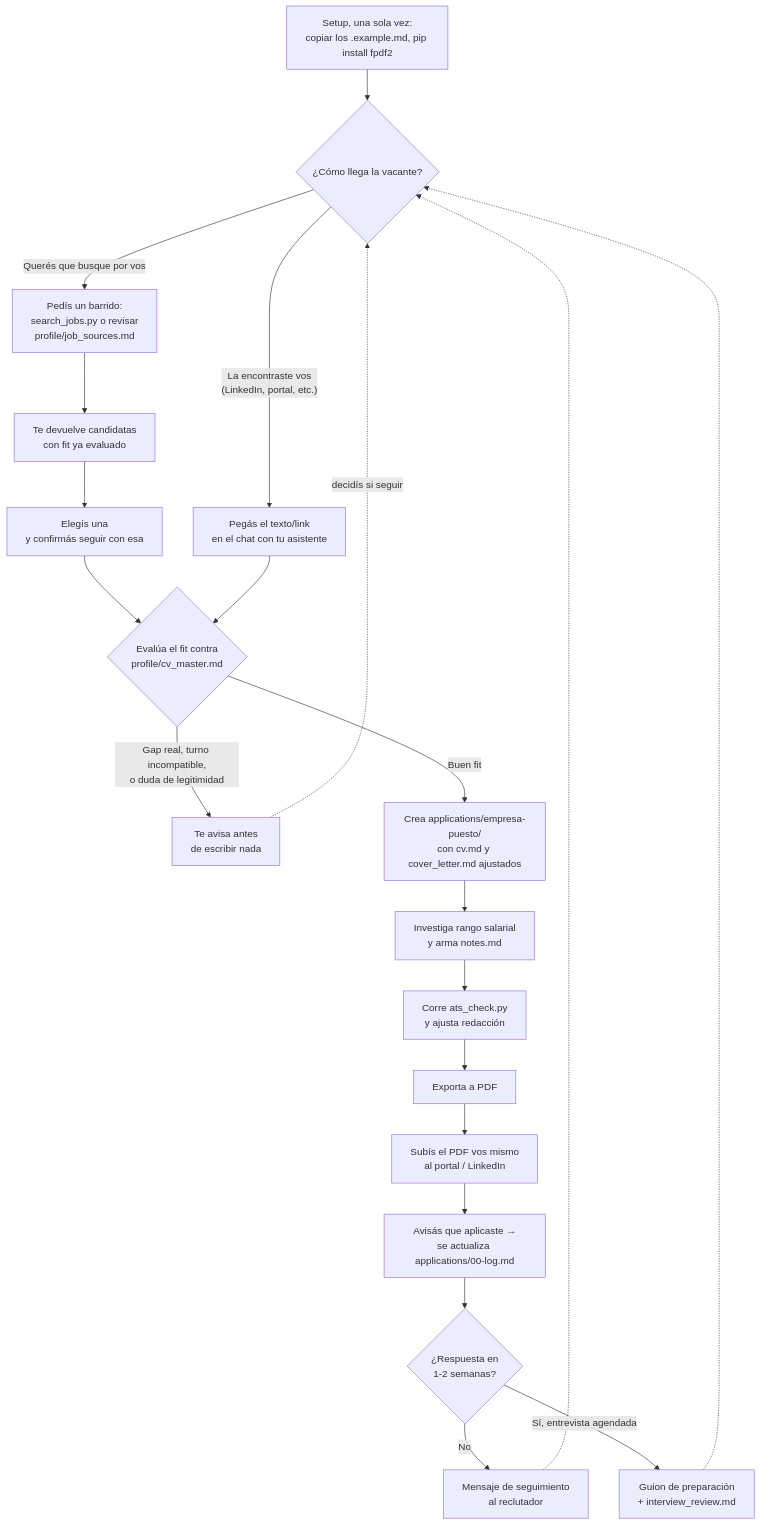
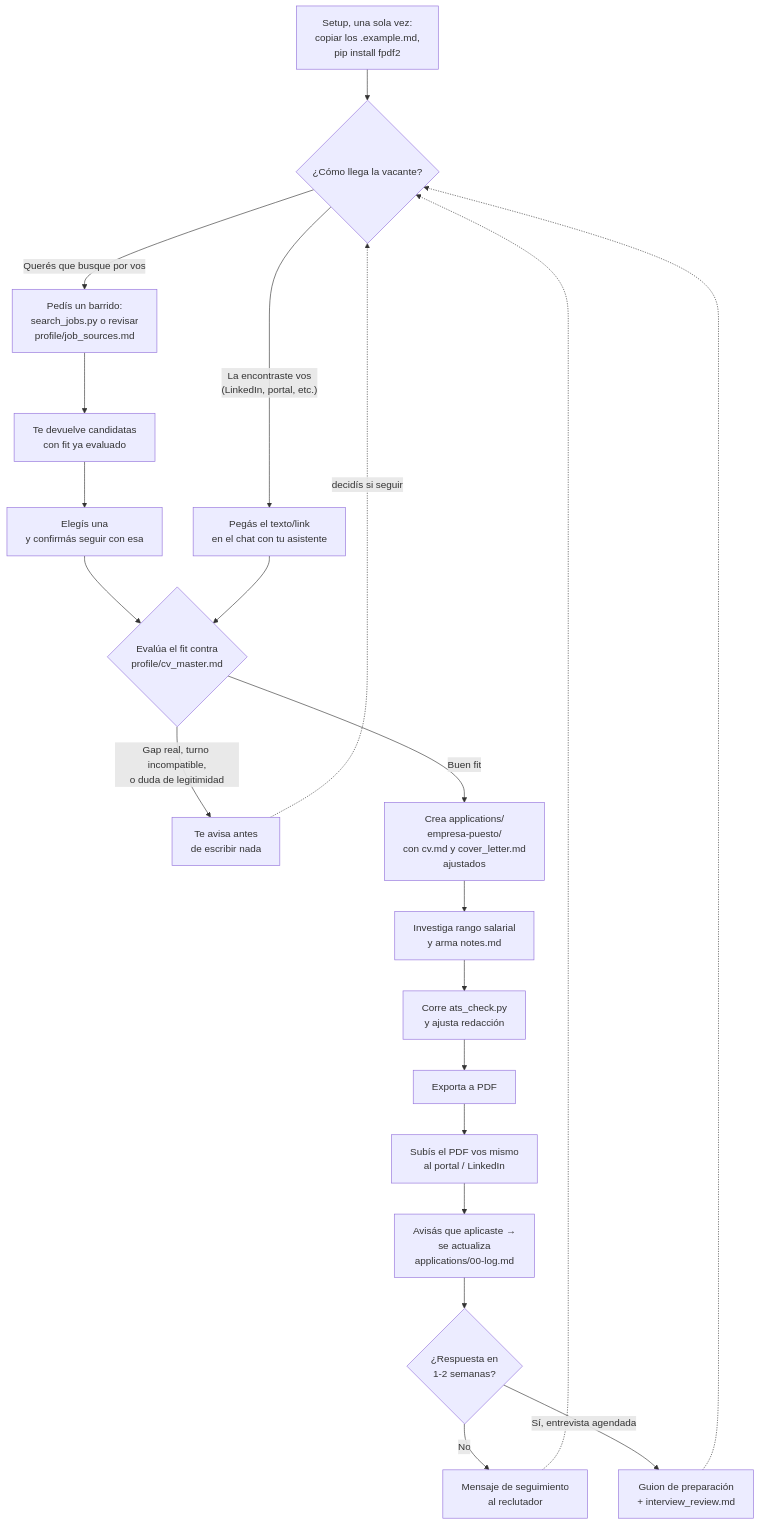
One commit to anibalbonilla/job-search-ai-template changed the diagram in README.md. Above: the diagram before and after it, drawn with Mermaid.

Commit message:
Break long node labels onto shorter lines to fix text clipping in GitHub's Mermaid renderer

````diff
--- a/README.md
+++ b/README.md
@@ -40,23 +40,23 @@
 ```mermaid
 flowchart TD
-    A["Setup, una sola vez:<br/>copiar los .example.md, pip install fpdf2"] --> S{"¿Cómo llega la vacante?"}
+    A["Setup, una sola vez:<br/>copiar los .example.md,<br/>pip install fpdf2"] --> S{"¿Cómo llega la vacante?"}
     S -->|"La encontraste vos<br/>(LinkedIn, portal, etc.)"| B["Pegás el texto/link<br/>en el chat con tu asistente"]
     S -->|"Querés que busque por vos"| B0["Pedís un barrido:<br/>search_jobs.py o revisar<br/>profile/job_sources.md"]
     B0 --> B1["Te devuelve candidatas<br/>con fit ya evaluado"]
     B1 --> B2["Elegís una<br/>y confirmás seguir con esa"]
     B2 --> C
     B --> C{"Evalúa el fit contra<br/>profile/cv_master.md"}
     C -->|"Gap real, turno incompatible,<br/>o duda de legitimidad"| D["Te avisa antes<br/>de escribir nada"]
     D -.->|"decidís si seguir"| S
-    C -->|"Buen fit"| E["Crea applications/empresa-puesto/<br/>con cv.md y cover_letter.md ajustados"]
+    C -->|"Buen fit"| E["Crea applications/<br/>empresa-puesto/<br/>con cv.md y cover_letter.md<br/>ajustados"]
     E --> F["Investiga rango salarial<br/>y arma notes.md"]
     F --> G["Corre ats_check.py<br/>y ajusta redacción"]
     G --> H["Exporta a PDF"]
     H --> I["Subís el PDF vos mismo<br/>al portal / LinkedIn"]
-    I --> J["Avisás que aplicaste →<br/>se actualiza applications/00-log.md"]
+    I --> J["Avisás que aplicaste →<br/>se actualiza<br/>applications/00-log.md"]
     J --> K{"¿Respuesta en<br/>1-2 semanas?"}
     K -->|"No"| L["Mensaje de seguimiento<br/>al reclutador"]
     K -->|"Sí, entrevista agendada"| M["Guion de preparación<br/>+ interview_review.md"]
     L -.-> S
     M -.-> S
 ```
````
